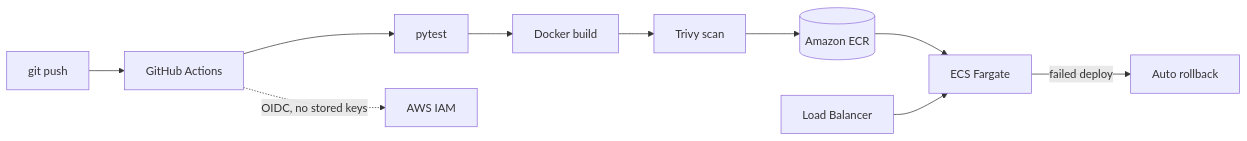
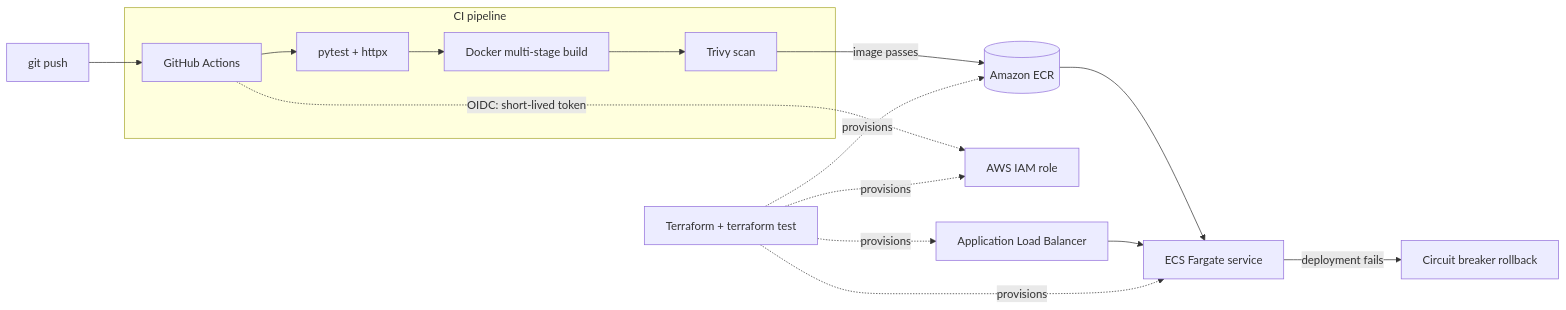
One commit to masegoleroux-commits/masegoleroux-commits changed the first of 2 diagrams in README.md. Above: the diagram before and after it, drawn with Mermaid. The commit also changed other lines of this file, not shown here.

````diff
--- a/README.md
+++ b/README.md
@@ -77,9 +94,13 @@
 ```mermaid
 flowchart LR
   push[git push] --> gha[GitHub Actions]
-  gha --> test[pytest] --> build[Docker build] --> scan[Trivy scan] --> ecr[(Amazon ECR)]
-  gha -. OIDC, no stored keys .-> iam[AWS IAM]
-  ecr --> ecs[ECS Fargate]
-  alb[Load Balancer] --> ecs
-  ecs -- failed deploy --> rb[Auto rollback]
+  subgraph CI["CI pipeline"]
+    gha --> test[pytest + httpx] --> build[Docker multi-stage build] --> scan[Trivy scan]
+  end
+  scan -->|image passes| ecr[(Amazon ECR)]
+  gha -. OIDC: short-lived token .-> iam[AWS IAM role]
+  ecr --> ecs[ECS Fargate service]
+  alb[Application Load Balancer] --> ecs
+  ecs -- deployment fails --> rb[Circuit breaker rollback]
+  tf[Terraform + terraform test] -. provisions .-> alb & ecs & ecr & iam
 ```
````
